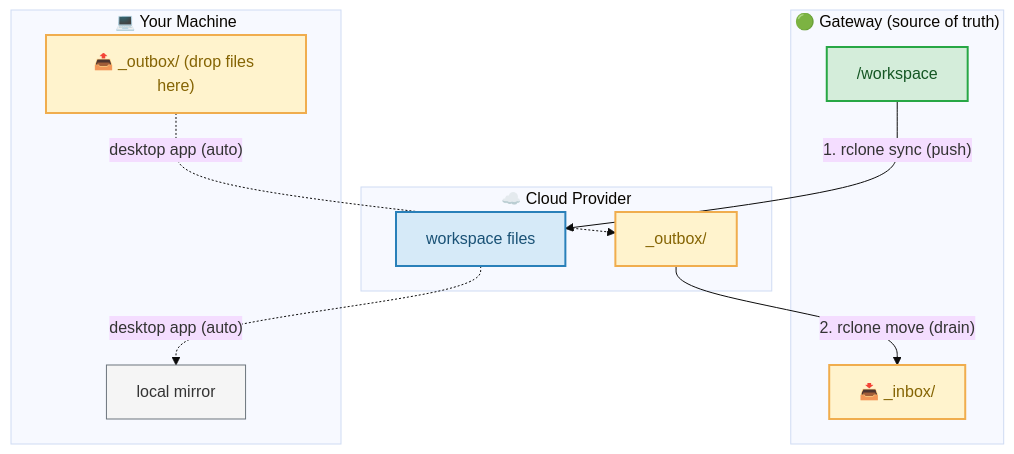
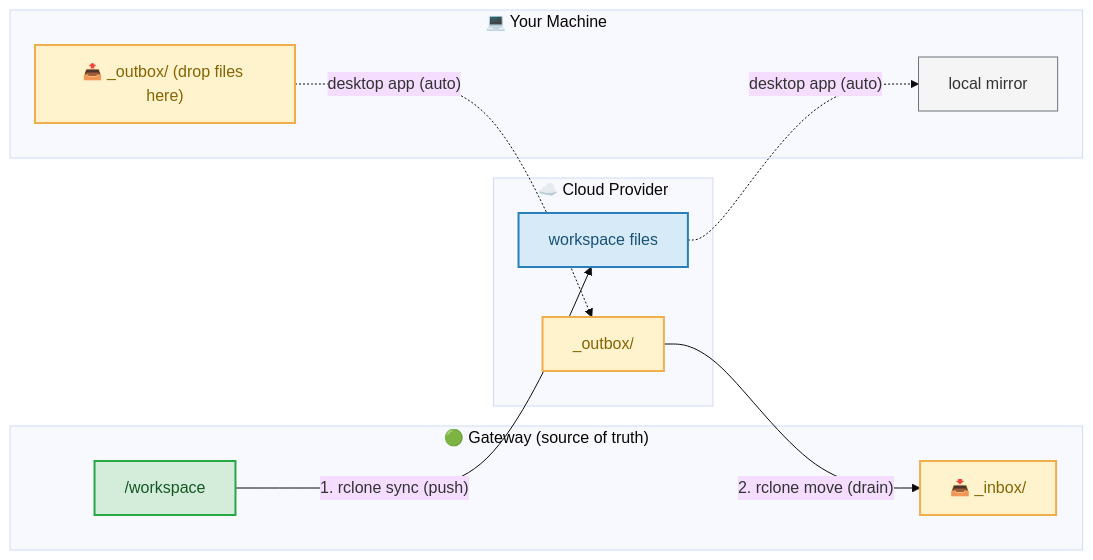
One commit to ashbrener/openclaw-workspace-sync changed the first of 3 diagrams in README.md. Above: the diagram before and after it, drawn with Mermaid (base theme).

Commit message:
fix: use LR layout for mailbox diagram (too cramped in TB)

````diff
--- a/README.md
+++ b/README.md
@@ -44,29 +44,29 @@
 ```mermaid
-flowchart TB
+flowchart LR
     subgraph GW["🟢 Gateway (source of truth)"]
         WS["/workspace"]
         INBOX["📥 _inbox/"]
     end
     subgraph CLOUD["☁️ Cloud Provider"]
         CF["workspace files"]
         OUTBOX_C["_outbox/"]
     end
     subgraph LOCAL["💻 Your Machine"]
         LM["local mirror"]
         OUTBOX_L["📤 _outbox/ (drop files here)"]
     end
     WS -- "1. rclone sync (push)" --> CF
     CF -. "desktop app (auto)" .-> LM
     OUTBOX_L -. "desktop app (auto)" .-> OUTBOX_C
     OUTBOX_C -- "2. rclone move (drain)" --> INBOX
 
     classDef gateway fill:#d4edda,stroke:#28a745,stroke-width:2px,color:#155724
     classDef cloud fill:#d6eaf8,stroke:#2980b9,stroke-width:2px,color:#1a5276
     classDef local fill:#f5f5f5,stroke:#6c757d,stroke-width:1px,color:#333
     classDef exchange fill:#fff3cd,stroke:#f0ad4e,stroke-width:2px,color:#856404
 
     class WS gateway
     class CF cloud
     class LM local
     class INBOX,OUTBOX_L,OUTBOX_C exchange
 ```
````
